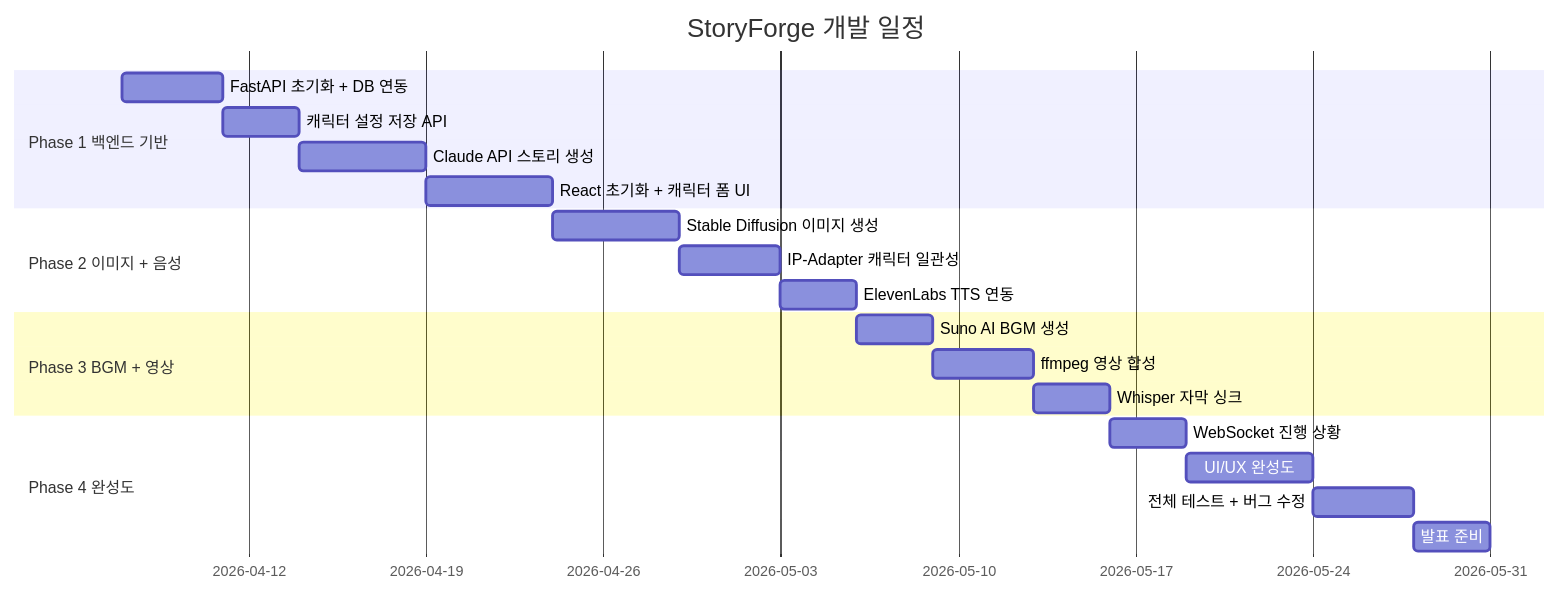
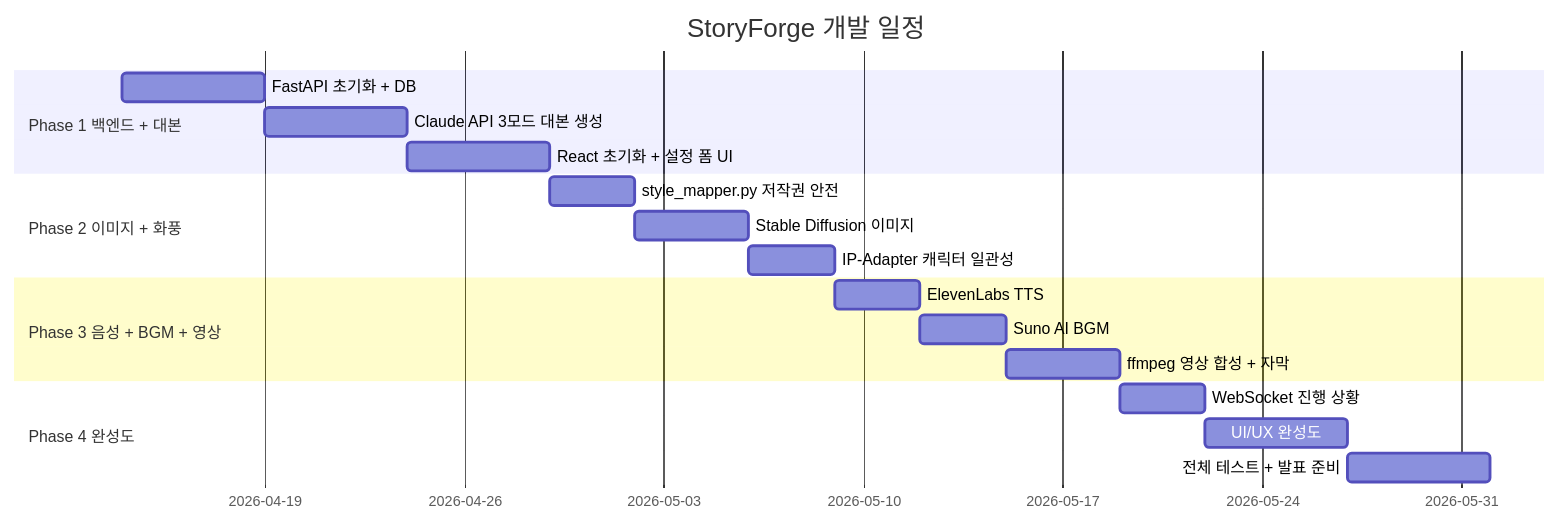
The seventh of 7 diagrams in README.md (Userlsj-project/storyforge), drawn with Mermaid before and after one commit. The commit also changed other lines of this file, not shown here.

````diff
--- a/README.md
+++ b/README.md
@@ -243,26 +239,24 @@
 ```mermaid
 gantt
     title StoryForge 개발 일정
     dateFormat  YYYY-MM-DD
-    section Phase 1 백엔드 기반
-    FastAPI 초기화 + DB 연동     :p1, 2026-04-07, 4d
-    캐릭터 설정 저장 API          :p2, after p1, 3d
-    Claude API 스토리 생성        :p3, after p2, 5d
-    React 초기화 + 캐릭터 폼 UI  :p4, after p3, 5d
+    section Phase 1 백엔드 + 대본
+    FastAPI 초기화 + DB         :p1, 2026-04-14, 5d
+    Claude API 3모드 대본 생성   :p2, after p1, 5d
+    React 초기화 + 설정 폼 UI   :p3, after p2, 5d
 
-    section Phase 2 이미지 + 음성
-    Stable Diffusion 이미지 생성  :p5, after p4, 5d
-    IP-Adapter 캐릭터 일관성      :p6, after p5, 4d
-    ElevenLabs TTS 연동           :p7, after p6, 3d
+    section Phase 2 이미지 + 화풍
+    style_mapper.py 저작권 안전  :p4, after p3, 3d
+    Stable Diffusion 이미지      :p5, after p4, 4d
+    IP-Adapter 캐릭터 일관성     :p6, after p5, 3d
 
-    section Phase 3 BGM + 영상
-    Suno AI BGM 생성              :p8, after p7, 3d
-    ffmpeg 영상 합성              :p9, after p8, 4d
-    Whisper 자막 싱크             :p10, after p9, 3d
+    section Phase 3 음성 + BGM + 영상
+    ElevenLabs TTS               :p7, after p6, 3d
+    Suno AI BGM                  :p8, after p7, 3d
+    ffmpeg 영상 합성 + 자막      :p9, after p8, 4d
 
     section Phase 4 완성도
-    WebSocket 진행 상황           :p11, after p10, 3d
-    UI/UX 완성도                  :p12, after p11, 5d
-    전체 테스트 + 버그 수정       :p13, after p12, 4d
-    발표 준비                     :p14, after p13, 3d
+    WebSocket 진행 상황          :p10, after p9, 3d
+    UI/UX 완성도                 :p11, after p10, 5d
+    전체 테스트 + 발표 준비      :p12, after p11, 5d
 ```
````
